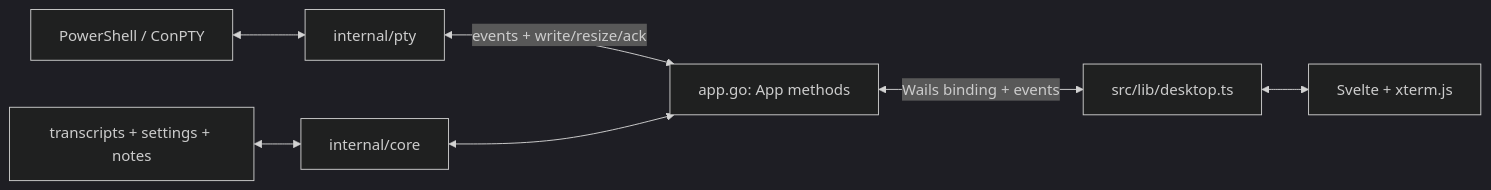
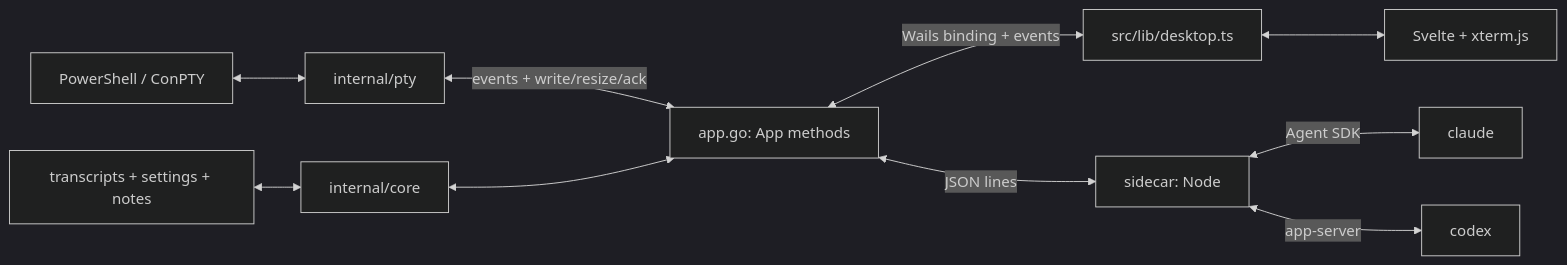
Before and after one commit to arghya2801/agent-terminal-control: the diagram in ARCHITECTURE.md, drawn with Mermaid (dark theme). The commit also changed other lines of this file and 3 other files, not shown here.

Commit message:
docs: describe agent sessions and the sidecar

````diff
--- a/ARCHITECTURE.md
+++ b/ARCHITECTURE.md
@@ -12,9 +12,12 @@
 ```mermaid
 graph LR
   Shell[PowerShell / ConPTY] <--> PTY[internal/pty]
   PTY <-->|events + write/resize/ack| App[app.go: App methods]
   Files[transcripts + settings + notes] <--> Core[internal/core]
   Core <--> App
   App <-->|Wails binding + events| Transport[src/lib/desktop.ts]
   Transport <--> UI[Svelte + xterm.js]
+  App <-->|JSON lines| Sidecar[sidecar: Node]
+  Sidecar <-->|Agent SDK| Claude[claude]
+  Sidecar <-->|app-server| Codex[codex]
 ```
````
